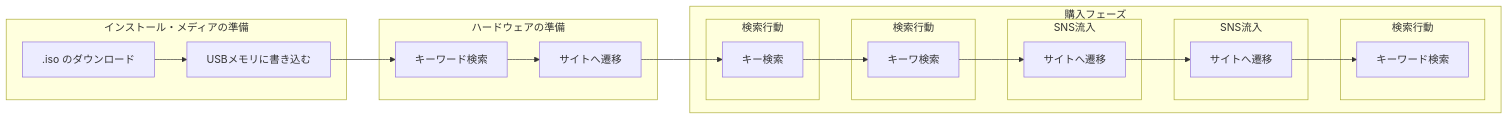
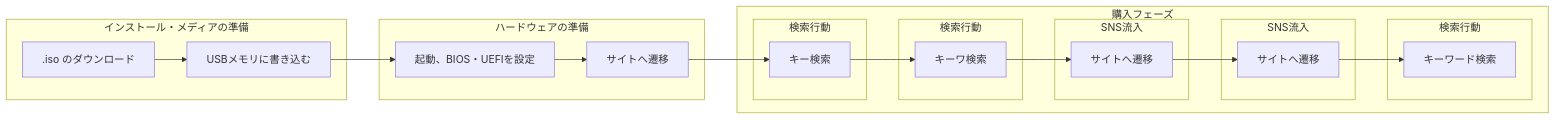
One commit to hobby-pc2026/linux-install changed the diagram in linux-install-02.md. Above: the diagram before and after it, drawn with Mermaid.

````diff
--- a/linux-install-02.md
+++ b/linux-install-02.md
@@ -3,30 +3,30 @@
 ```mermaid
 flowchart LR
     subgraph フェーズ1 [インストール・メディアの準備]
 
             A[.iso のダウンロード] --> B[USBメモリに書き込む]
     end
     subgraph フェーズ2 [ハードウェアの準備]
  
-            B --> C[キーワード検索]
+            B --> C[起動、BIOS・UEFIを設定]
 
             C --> E[サイトへ遷移]
      end
     subgraph フェーズ3 [購入フェーズ]
         subgraph サブ5 [検索行動]
             E --> F[キー検索]
         end
         subgraph サブ6 [検索行動]
             F --> G[キーワ検索]
         end
         subgraph サブ7 [SNS流入]
             G --> H[サイトへ遷移] 
         end
         subgraph サブ8 [SNS流入]
             H --> I[サイトへ遷移]
         end
         subgraph サブ9 [検索行動]
             I --> J[キーワード検索]
         end
     end
 ```
````
